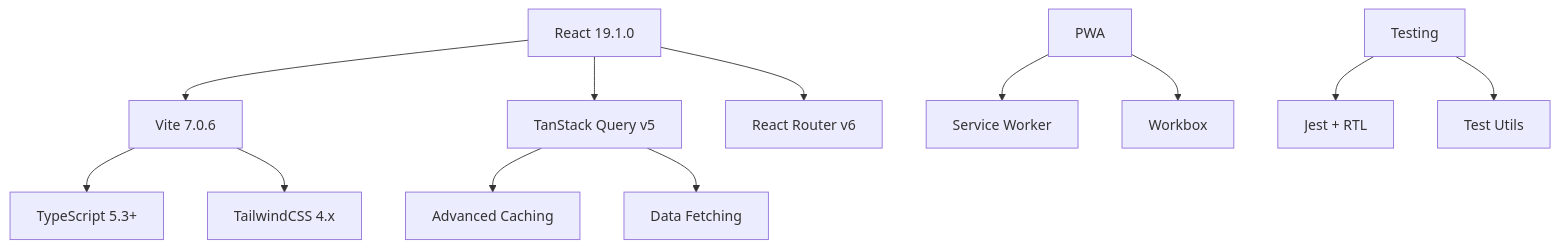
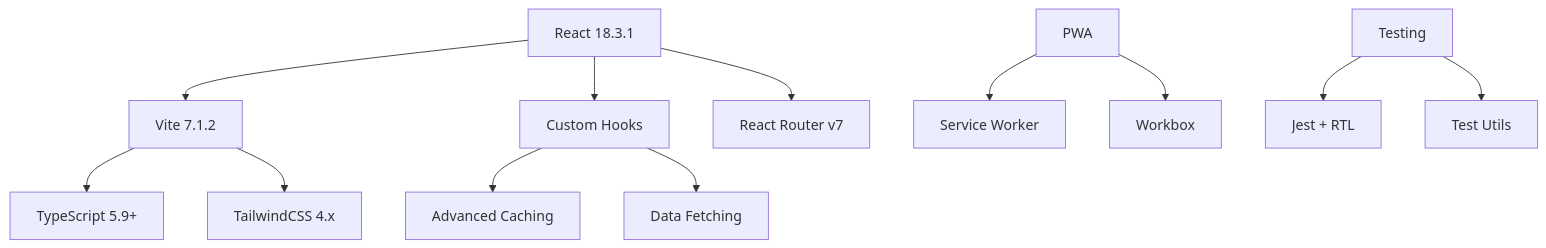
Before and after one commit to 1000tomax/OSRS-Flip-Tracker-Combined: the first of 3 diagrams in docs/ARCHITECTURE.md, drawn with Mermaid. The commit also changed other lines of this file and 163 other files, not shown here.

````diff
--- a/docs/ARCHITECTURE.md
+++ b/docs/ARCHITECTURE.md
@@ -30,18 +32,18 @@
 ```mermaid
 graph TB
-    A[React 19.1.0] --> B[Vite 7.0.6]
-    A --> C[TanStack Query v5]
-    A --> D[React Router v6]
-    
-    B --> E[TypeScript 5.3+]
+    A[React 18.3.1] --> B[Vite 7.1.2]
+    A --> C[Custom Hooks]
+    A --> D[React Router v7]
+
+    B --> E[TypeScript 5.9+]
     B --> F[TailwindCSS 4.x]
-    
+
     C --> G[Advanced Caching]
     C --> H[Data Fetching]
-    
+
     I[PWA] --> J[Service Worker]
     I --> K[Workbox]
-    
+
     L[Testing] --> M[Jest + RTL]
     L --> N[Test Utils]
 ```
````
